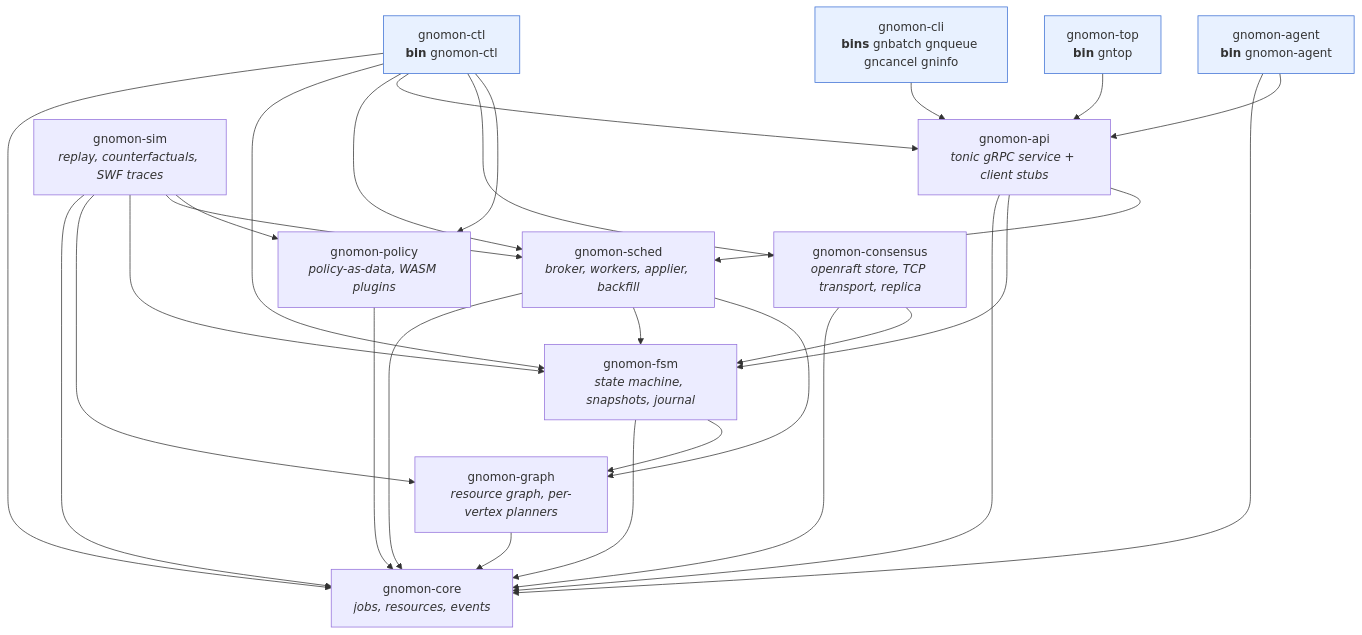
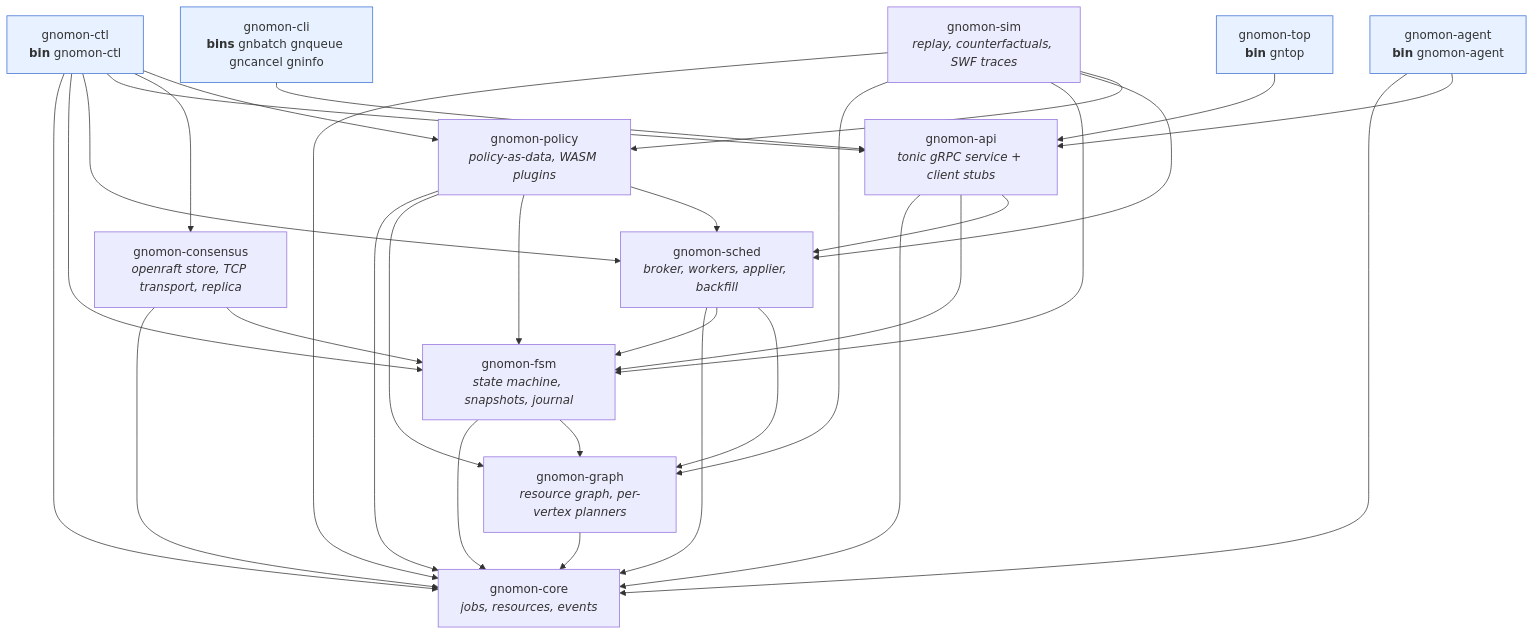
One commit to jasonkolodziej/gnomon changed the second of 8 diagrams in docs/ARCHITECTURE.md. Above: the diagram before and after it, drawn with Mermaid. The commit also changed other lines of this file and 6 other files, not shown here.

````diff
--- a/docs/ARCHITECTURE.md
+++ b/docs/ARCHITECTURE.md
@@ -55,30 +55,30 @@
 ```mermaid
 flowchart TD
     core["gnomon-core<br/><i>jobs, resources, events</i>"]
     rgraph["gnomon-graph<br/><i>resource graph, per-vertex planners</i>"]
     fsm["gnomon-fsm<br/><i>state machine, snapshots, journal</i>"]
     sched["gnomon-sched<br/><i>broker, workers, applier, backfill</i>"]
     policy["gnomon-policy<br/><i>policy-as-data, WASM plugins</i>"]
     consensus["gnomon-consensus<br/><i>openraft store, TCP transport, replica</i>"]
     api["gnomon-api<br/><i>tonic gRPC service + client stubs</i>"]
     ctl["gnomon-ctl<br/><b>bin</b> gnomon-ctl"]
     agent["gnomon-agent<br/><b>bin</b> gnomon-agent"]
     cli["gnomon-cli<br/><b>bins</b> gnbatch gnqueue gncancel gninfo"]
     top["gnomon-top<br/><b>bin</b> gntop"]
     sim["gnomon-sim<br/><i>replay, counterfactuals, SWF traces</i>"]
 
     rgraph --> core
     fsm --> core & rgraph
     sched --> core & fsm & rgraph
-    policy --> core
+    policy --> core & rgraph & fsm & sched
     consensus --> core & fsm
     api --> core & fsm & sched
     ctl --> core & fsm & sched & api & consensus & policy
     agent --> core & api
     cli --> api
     top --> api
     sim --> core & rgraph & fsm & sched & policy
 
     classDef bin fill:#e8f1ff,stroke:#3b6fd4
     class ctl,agent,cli,top bin
 ```
````
